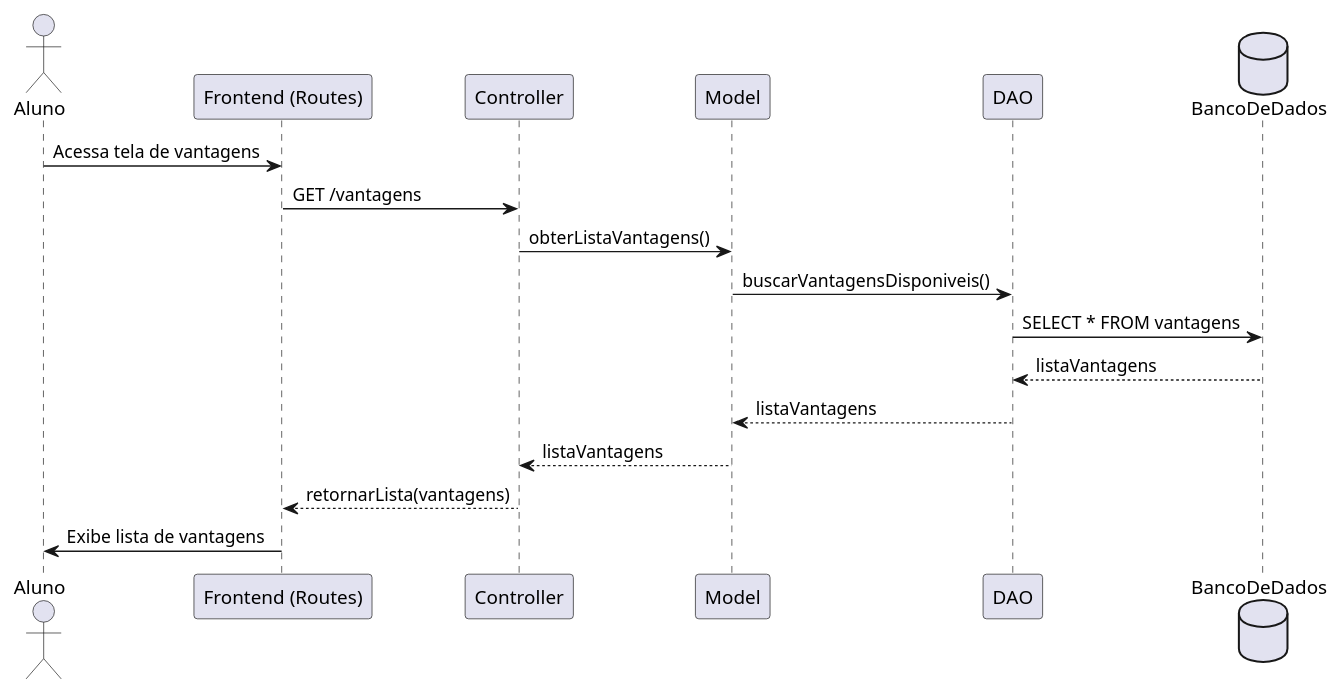
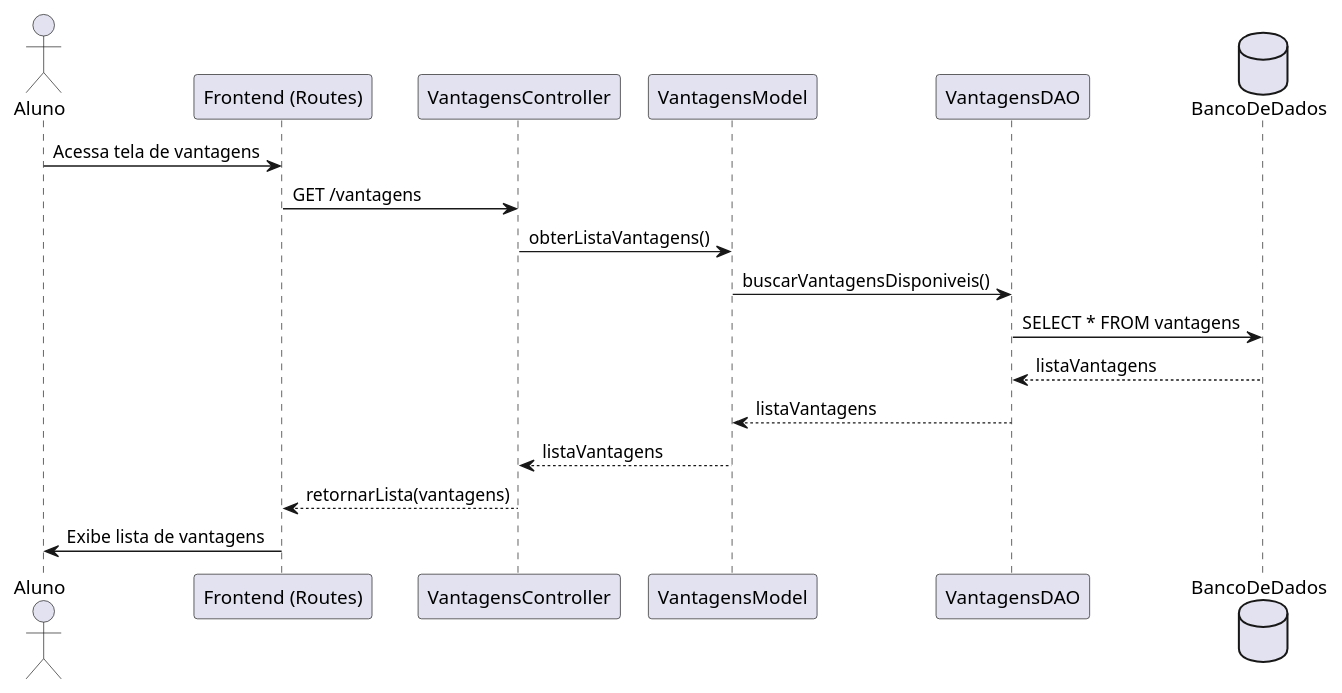
One commit to marinacabalzarr/LabDesenvolvimentoSoftware changed the diagram in Projeto/DiagramaDeSequencia3.md. Above: the diagram before and after it, drawn with PlantUML. The commit also changed other lines of this file, not shown here.

```diff
--- a/Projeto/DiagramaDeSequencia3.md
+++ b/Projeto/DiagramaDeSequencia3.md
@@ -1,22 +1,22 @@
 @startuml
 
 actor Aluno
 
 participant TelaAluno as "Frontend (Routes)"
-participant VantagensController as "Controller"
-participant VantagensModel as "Model"
-participant VantagensDAO as "DAO"
+participant VantagensController as "VantagensController"
+participant VantagensModel as "VantagensModel"
+participant VantagensDAO as "VantagensDAO"
 database BancoDeDados
 
 Aluno -> TelaAluno : Acessa tela de vantagens
 TelaAluno -> VantagensController : GET /vantagens
 VantagensController -> VantagensModel : obterListaVantagens()
 VantagensModel -> VantagensDAO : buscarVantagensDisponiveis()
 VantagensDAO -> BancoDeDados : SELECT * FROM vantagens
 BancoDeDados --> VantagensDAO : listaVantagens
 VantagensDAO --> VantagensModel : listaVantagens
 VantagensModel --> VantagensController : listaVantagens
 VantagensController --> TelaAluno : retornarLista(vantagens)
 TelaAluno -> Aluno : Exibe lista de vantagens
 
 @enduml
```
